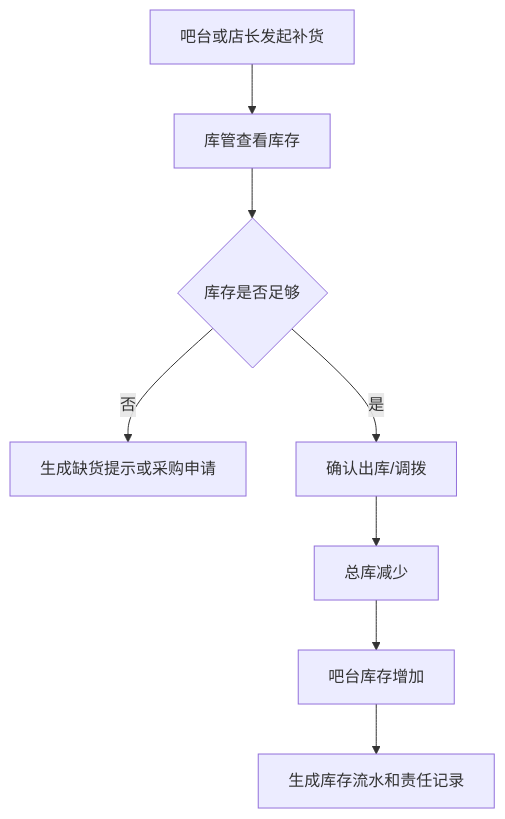
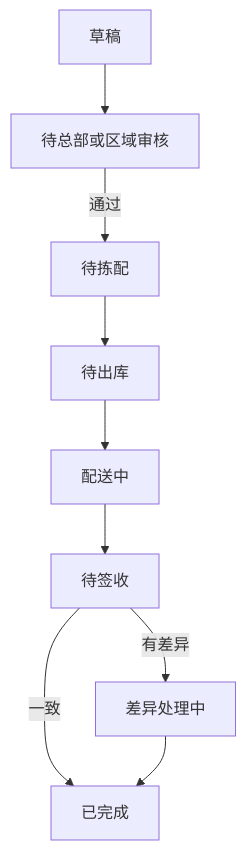
One commit to jxh1979/mall changed the second of 5 diagrams in docs/supply-chain-inventory-product-prd-v0.1.md. Above: the diagram before and after it, drawn with Mermaid. The commit also changed other lines of this file and 1 other file, not shown here.

````diff
--- a/docs/supply-chain-inventory-product-prd-v0.1.md
+++ b/docs/supply-chain-inventory-product-prd-v0.1.md
@@ -165,10 +192,11 @@
 ```mermaid
 flowchart TD
-  A["吧台或店长发起补货"] --> B["库管查看库存"]
-  B --> C{"库存是否足够"}
-  C -- 否 --> D["生成缺货提示或采购申请"]
-  C -- 是 --> E["确认出库/调拨"]
-  E --> F["总库减少"]
-  F --> G["吧台库存增加"]
-  G --> H["生成库存流水和责任记录"]
+  A["草稿"] --> B["待总部或区域审核"]
+  B -- 通过 --> C["待拣配"]
+  C --> D["待出库"]
+  D --> E["配送中"]
+  E --> F["待签收"]
+  F -- 一致 --> G["已完成"]
+  F -- 有差异 --> H["差异处理中"]
+  H --> G
 ```
````
